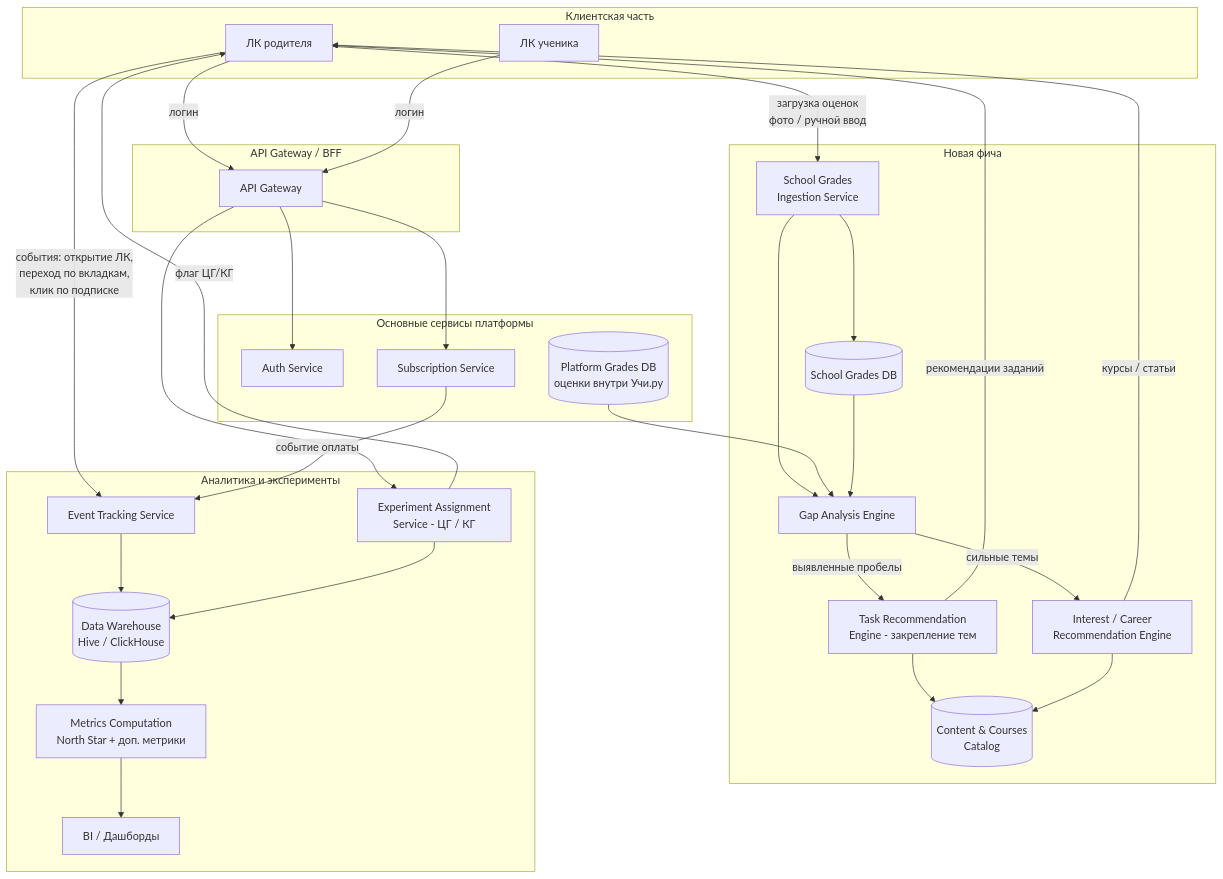
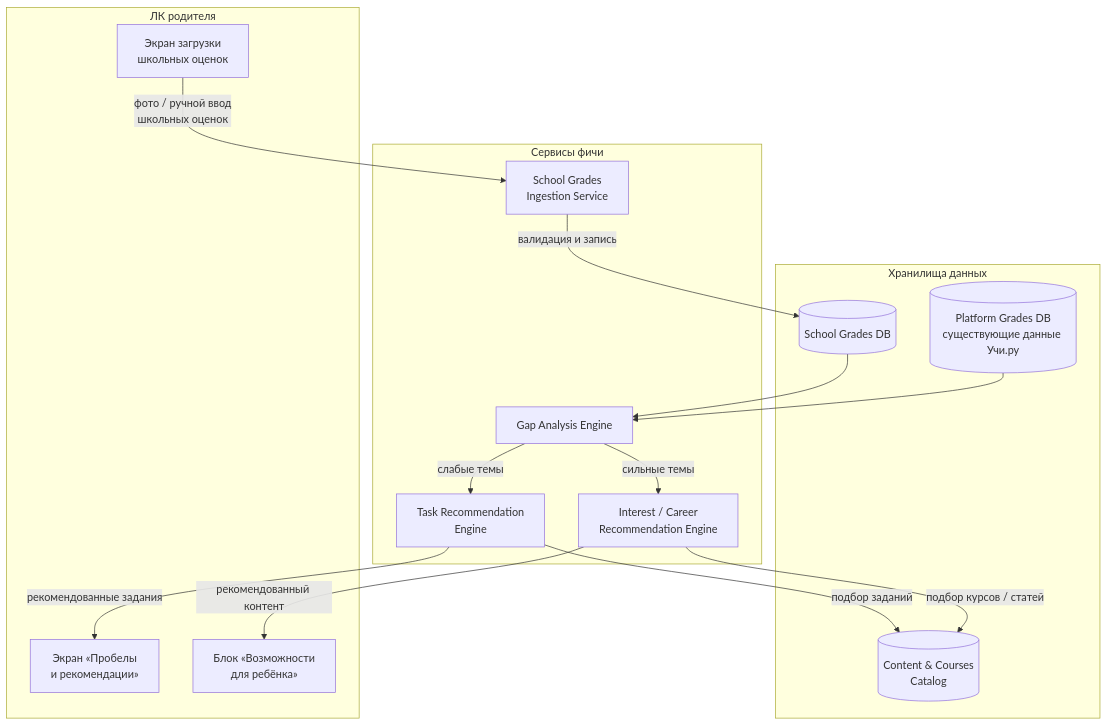
The first of 2 diagrams in artefacts/lld-diagram.md (f0men/-vk_practice), drawn with Mermaid before and after one commit. The commit also changed other lines of this file and 1 other file, not shown here.

Commit message:
add materials

````diff
--- a/artefacts/lld-diagram.md
+++ b/artefacts/lld-diagram.md
@@ -5,64 +7,36 @@
 ```mermaid
 flowchart TB
-    subgraph Client["Клиентская часть"]
-        ParentLK[ЛК родителя]
-        StudentLK[ЛК ученика]
+    subgraph ParentLK["ЛК родителя"]
+        UploadUI[Экран загрузки<br/>школьных оценок]
+        GapsUI[Экран «Пробелы<br/>и рекомендации»]
+        InterestUI[Блок «Возможности<br/>для ребёнка»]
     end
 
-    subgraph Gateway["API Gateway / BFF"]
-        GW[API Gateway]
+    subgraph FeatureCore["Сервисы фичи"]
+        Ingest[School Grades<br/>Ingestion Service]
+        GapEngine[Gap Analysis Engine]
+        TaskRec[Task Recommendation<br/>Engine]
+        InterestRec[Interest / Career<br/>Recommendation Engine]
     end
 
-    subgraph Core["Основные сервисы платформы"]
-        AuthSvc[Auth Service]
-        SubSvc[Subscription Service]
-        PlatformGrades[(Platform Grades DB<br/>оценки внутри Учи.ру)]
-    end
-
-    subgraph Feature["Новая фича"]
-        Ingest[School Grades<br/>Ingestion Service]
+    subgraph Data["Хранилища данных"]
         SchoolGrades[(School Grades DB)]
-        GapEngine[Gap Analysis Engine]
-        TaskRec[Task Recommendation<br/>Engine - закрепление тем]
-        InterestRec[Interest / Career<br/>Recommendation Engine]
+        PlatformGrades[(Platform Grades DB<br/>существующие данные Учи.ру)]
         ContentCatalog[(Content & Courses<br/>Catalog)]
     end
 
-    subgraph Analytics["Аналитика и эксперименты"]
-        EventCollector[Event Tracking Service]
-        DWH[(Data Warehouse<br/>Hive / ClickHouse)]
-        ExpService[Experiment Assignment<br/>Service - ЦГ / КГ]
-        MetricsJob[Metrics Computation<br/>North Star + доп. метрики]
-        BI[BI / Дашборды]
-    end
+    UploadUI -->|фото / ручной ввод<br/>школьных оценок| Ingest
+    Ingest -->|валидация и запись| SchoolGrades
 
-    ParentLK -->|логин| GW
-    StudentLK -->|логин| GW
-    GW --> AuthSvc
-    GW --> SubSvc
-    GW --> ExpService
+    SchoolGrades --> GapEngine
+    PlatformGrades --> GapEngine
 
-    ExpService -->|флаг ЦГ/КГ| ParentLK
+    GapEngine -->|слабые темы| TaskRec
+    GapEngine -->|сильные темы| InterestRec
 
-    ParentLK -->|загрузка оценок<br/>фото / ручной ввод| Ingest
-    Ingest --> SchoolGrades
-    Ingest --> GapEngine
-    PlatformGrades --> GapEngine
-    SchoolGrades --> GapEngine
+    TaskRec -->|подбор заданий| ContentCatalog
+    InterestRec -->|подбор курсов / статей| ContentCatalog
 
-    GapEngine -->|выявленные пробелы| TaskRec
-    GapEngine -->|сильные темы| InterestRec
-    TaskRec --> ContentCatalog
-    InterestRec --> ContentCatalog
-
-    TaskRec -->|рекомендации заданий| ParentLK
-    InterestRec -->|курсы / статьи| ParentLK
-
-    ParentLK -->|события: открытие ЛК,<br/>переход по вкладкам,<br/>клик по подписке| EventCollector
-    SubSvc -->|событие оплаты| EventCollector
-    EventCollector --> DWH
-
-    DWH --> MetricsJob
-    MetricsJob --> BI
-    ExpService --> DWH
+    TaskRec -->|рекомендованные задания| GapsUI
+    InterestRec -->|рекомендованный контент| InterestUI
 ```
````
